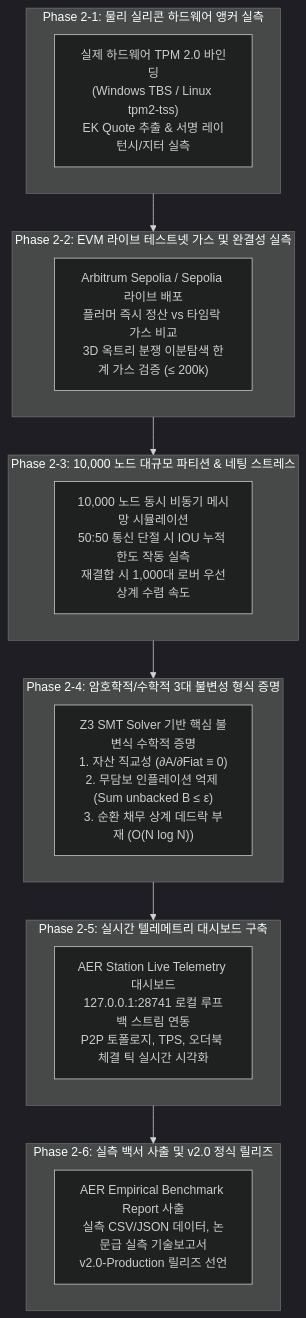
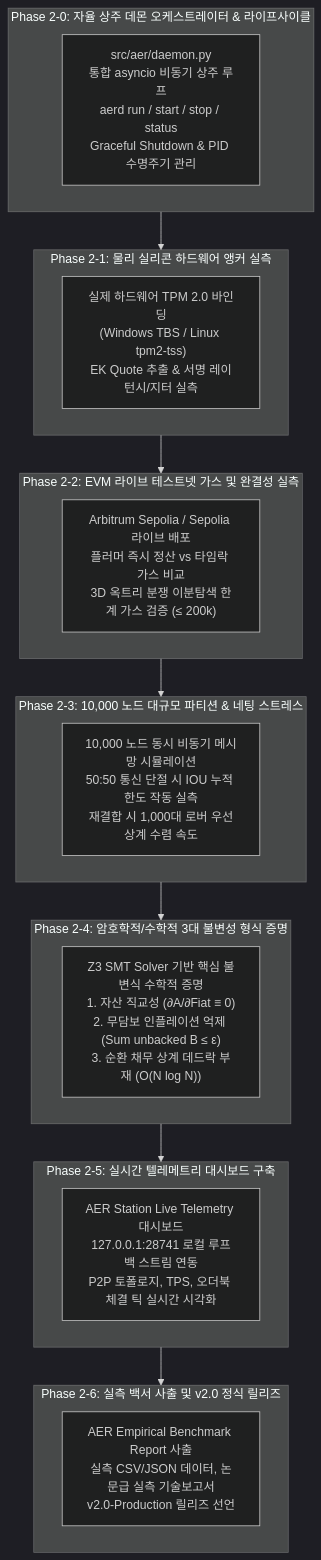
One commit to Team-Sequence-Thaumaturge/AER changed the diagram in ROADMAP2.ko.md. Above: the diagram before and after it, drawn with Mermaid (dark theme). The commit also changed other lines of this file and 2 other files, not shown here.

Commit message:
docs(roadmap2): formalize Phase 2-0 resident daemon orchestrator and lifecycle engine

````diff
--- a/ROADMAP2.ko.md
+++ b/ROADMAP2.ko.md
@@ -10,32 +10,37 @@
 ```mermaid
 graph TD
+    subgraph R2_0 [Phase 2-0: 자율 상주 데몬 오케스트레이터 & 라이프사이클]
+        Daemon_Core["src/aer/daemon.py<br/>통합 asyncio 비동기 상주 루프<br/>aerd run / start / stop / status<br/>Graceful Shutdown & PID 수명주기 관리"]
+    end
+
     subgraph R2_1 [Phase 2-1: 물리 실리콘 하드웨어 앵커 실측]
         TPM_Live["실제 하드웨어 TPM 2.0 바인딩<br/>(Windows TBS / Linux tpm2-tss)<br/>EK Quote 추출 & 서명 레이턴시/지터 실측"]
     end
 
     subgraph R2_2 [Phase 2-2: EVM 라이브 테스트넷 가스 및 완결성 실측]
         Testnet["Arbitrum Sepolia / Sepolia 라이브 배포<br/>플러머 즉시 정산 vs 타임락 가스 비교<br/>3D 옥트리 분쟁 이분탐색 한계 가스 검증 (≤ 200k)"]
     end
 
     subgraph R2_3 [Phase 2-3: 10,000 노드 대규모 파티션 & 네팅 스트레스]
         MeshStress["10,000 노드 동시 비동기 메시망 시뮬레이션<br/>50:50 통신 단절 시 IOU 누적 한도 작동 실측<br/>재결합 시 1,000대 로버 우선상계 수렴 속도"]
     end
 
     subgraph R2_4 [Phase 2-4: 암호학적/수학적 3대 불변성 형식 증명]
         Formal["Z3 SMT Solver 기반 핵심 불변식 수학적 증명<br/>1. 자산 직교성 (∂A/∂Fiat ≡ 0)<br/>2. 무담보 인플레이션 억제 (Sum unbacked B ≤ ε)<br/>3. 순환 채무 상계 데드락 부재 (O(N log N))"]
     end
 
     subgraph R2_5 [Phase 2-5: 실시간 텔레메트리 대시보드 구축]
         TelemetryUI["AER Station Live Telemetry 대시보드<br/>127.0.0.1:28741 로컬 루프백 스트림 연동<br/>P2P 토폴로지, TPS, 오더북 체결 틱 실시간 시각화"]
     end
 
     subgraph R2_6 [Phase 2-6: 실측 백서 사출 및 v2.0 정식 릴리즈]
         BenchmarkReport["AER Empirical Benchmark Report 사출<br/>실측 CSV/JSON 데이터, 논문급 실측 기술보고서<br/>v2.0-Production 릴리즈 선언"]
     end
 
+    R2_0 --> R2_1
     R2_1 --> R2_2
     R2_2 --> R2_3
     R2_3 --> R2_4
     R2_4 --> R2_5
     R2_5 --> R2_6
 ```
````
